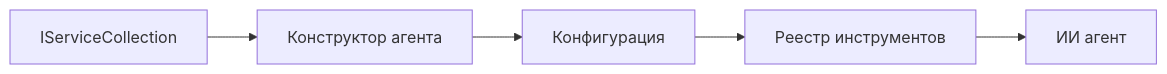
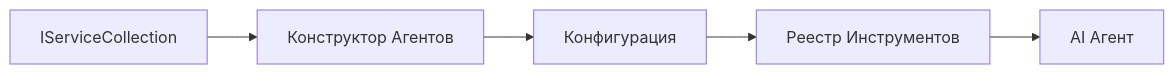
The diagram in translations/ru/03-agentic-design-patterns/code_samples/03-dotnet-agent-framework.md (venturemavenwill/azureaifundamentals), drawn with Mermaid before and after one commit. The commit also changed other lines of this file and 2002 other files, not shown here.

````diff
--- a/translations/ru/03-agentic-design-patterns/code_samples/03-dotnet-agent-framework.md
+++ b/translations/ru/03-agentic-design-patterns/code_samples/03-dotnet-agent-framework.md
@@ -41,7 +41,7 @@
 ```mermaid
 graph LR
-    A[IServiceCollection] --> B[Конструктор агента]
+    A[IServiceCollection] --> B[Конструктор Агентов]
     B --> C[Конфигурация]
-    C --> D[Реестр инструментов]
-    D --> E[ИИ агент]
+    C --> D[Реестр Инструментов]
+    D --> E[AI Агент]
 ```
````
